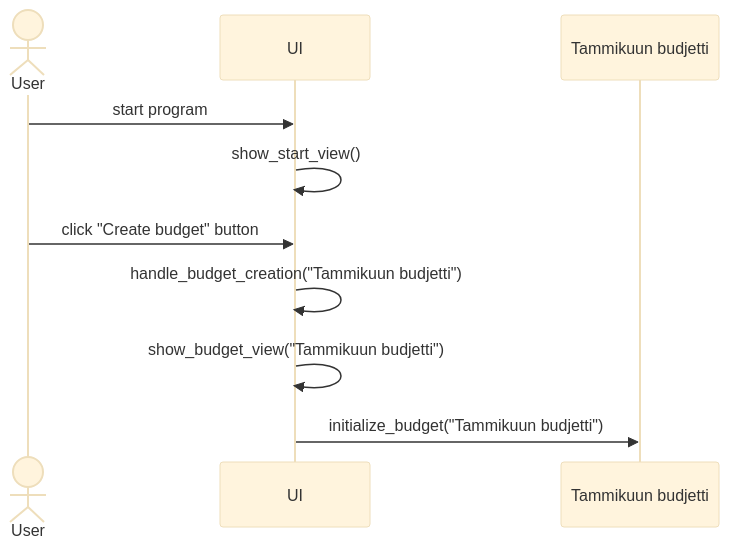
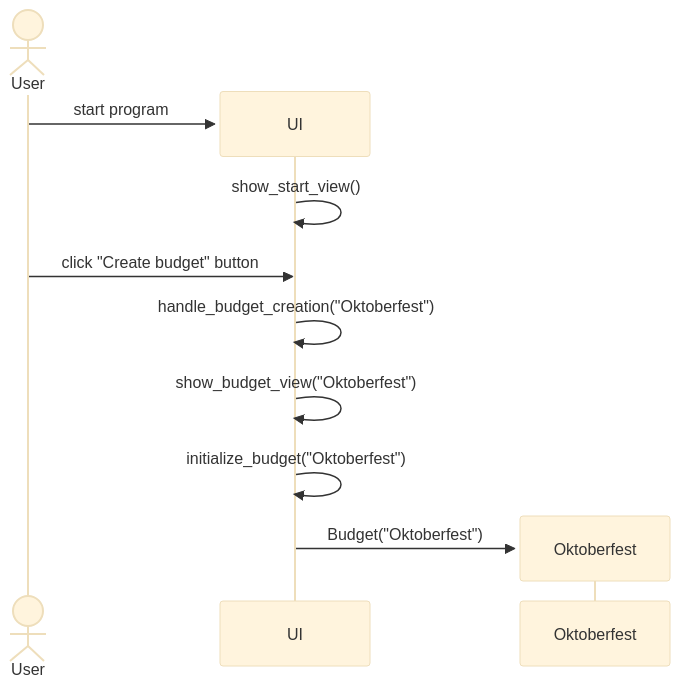
Before and after one commit to kuosaton/ot-harjoitustyo: the first of 2 diagrams in budjetointisovellus/dokumentaatio/arkkitehtuuri.md, drawn with Mermaid (base theme). The commit also changed other lines of this file, not shown here.

````diff
--- a/budjetointisovellus/dokumentaatio/arkkitehtuuri.md
+++ b/budjetointisovellus/dokumentaatio/arkkitehtuuri.md
@@ -11,12 +26,13 @@
 ```mermaid
 sequenceDiagram
   actor User
-  participant UI
+  create participant UI
   User->>UI: start program
   UI->>UI: show_start_view()
   User->>UI: click "Create budget" button
-  UI->>UI: handle_budget_creation("Tammikuun budjetti")
-  UI->>UI: show_budget_view("Tammikuun budjetti")
-  participant Tammikuun budjetti
-  UI->>Tammikuun budjetti: initialize_budget("Tammikuun budjetti")
+  UI->>UI: handle_budget_creation("Oktoberfest")
+  UI->>UI: show_budget_view("Oktoberfest")
+  UI->>UI: initialize_budget("Oktoberfest")
+  create participant Oktoberfest
+  UI->>Oktoberfest: Budget("Oktoberfest")
 ```
````
